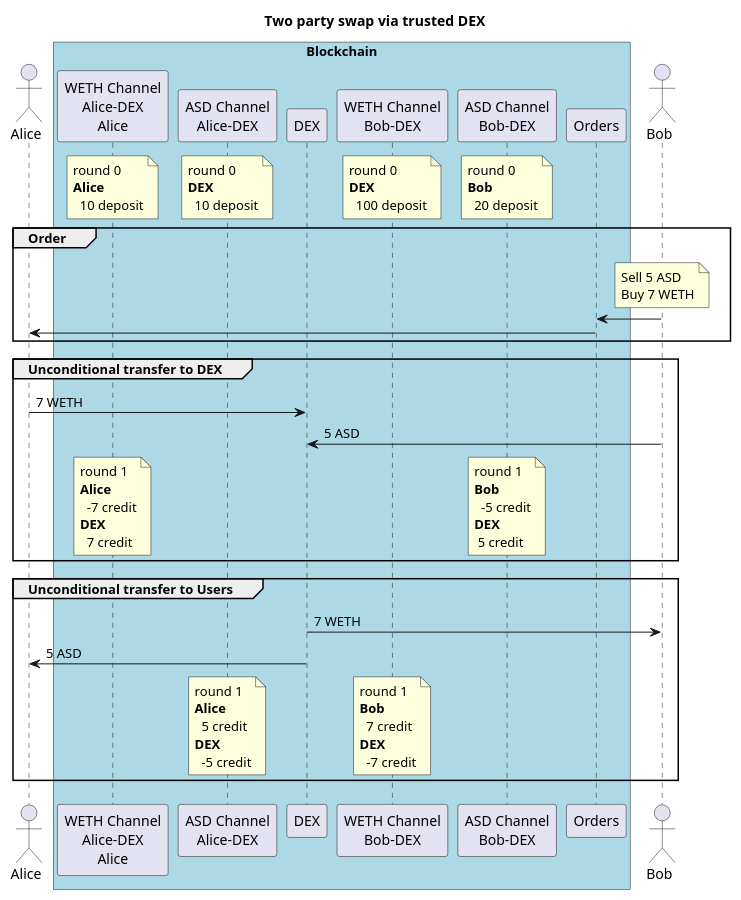
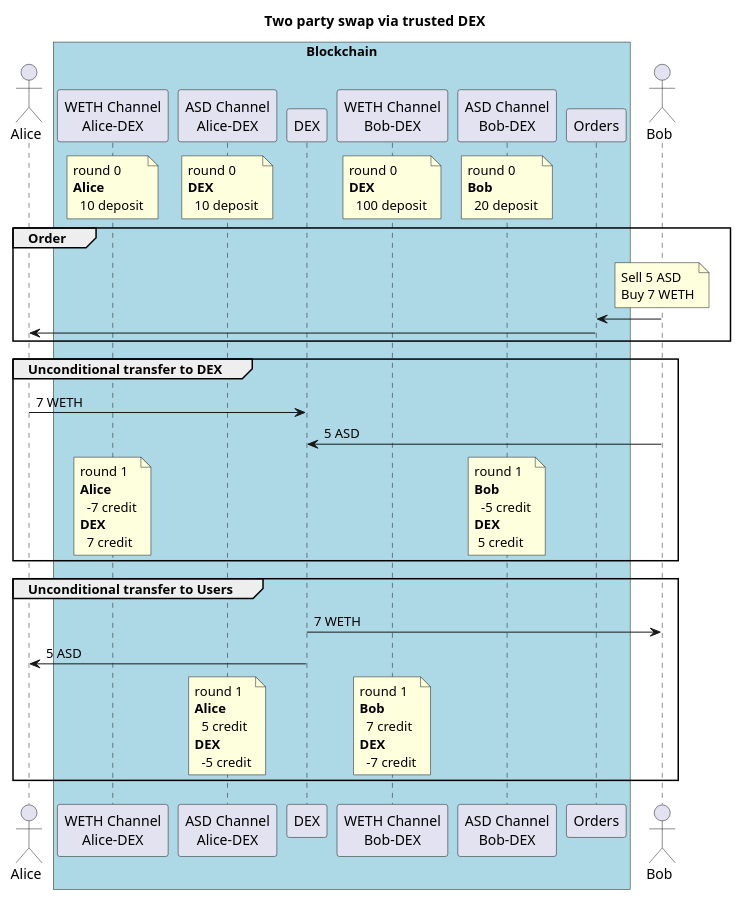
Before and after one commit to enumatech/cljs-abi-viewer: the diagram in src/state_channel/two-party-trusted-dex-swap.puml, drawn with PlantUML.

Commit message:
Fix typo in participant name

```diff
--- a/src/state_channel/two-party-trusted-dex-swap.puml
+++ b/src/state_channel/two-party-trusted-dex-swap.puml
@@ -1,63 +1,63 @@
 @startuml
 !pragma teoz true
 
 title Two party swap via trusted DEX
 ' Assume we have an open channel with sufficient deposit
 actor Alice as A
 
 box "Blockchain" #lightblue
-    participant "WETH Channel\nAlice-DEX\nAlice" as wethalice
+    participant "WETH Channel\nAlice-DEX" as wethalice
     participant "ASD Channel\nAlice-DEX" as asdalice
     participant "DEX" as dex
     participant "WETH Channel\nBob-DEX" as wethbob
     participant "ASD Channel\nBob-DEX" as asdbob
     ' participant "WETH token" as weth
     ' participant "ASD token" as asd
     participant "Orders" as O
     end box
 
 actor Bob as B
 
 ' note over weth: **Balances**:\n  50 Alice\n  10 Alice-Dex\n100 Bob-Dex
 ' / note over asd: **Balances**:\n  80 Bob\n  20 Bob-Dex\n  10 Alice-Dex
 
 note over wethalice: round 0\n**Alice**\n  10 deposit
 / note over asdalice: round 0\n**DEX**\n  10 deposit
 / note over wethbob: round 0\n**DEX**\n  100 deposit
 / note over asdbob: round 0\n**Bob**\n  20 deposit
 
 
 
 group Order
     note over B: Sell 5 ASD\nBuy 7 WETH
     B -> O:
     O -> A:
 end
 
 group Unconditional transfer to DEX
 
     A -> dex: 7 WETH
     B -> dex: 5 ASD
 
     note over wethalice: round 1\n**Alice**\n  -7 credit\n**DEX**\n  7 credit
     / note over asdbob: round 1\n**Bob**\n  -5 credit\n**DEX**\n 5 credit
 
 end
 
 group Unconditional transfer to Users
 
     dex -> B: 7 WETH
     dex -> A: 5 ASD
 
     note over wethbob: round 1\n**Bob**\n  7 credit\n**DEX**\n  -7 credit
     / note over asdalice: round 1\n**Alice**\n  5 credit\n**DEX**\n  -5 credit
 
 end
 
 
 
 
 ' note over weth: **Balances**:\n  53 WETH — Alice\n  7 WETH — Bob\n  0 WETH — WETH Channel
 ' / note over asd: **Balances**:\n  5 ASD — Alice\n  95 ASD — Bob\n  0 ASD — ASD Channel
 
 @enduml
```
